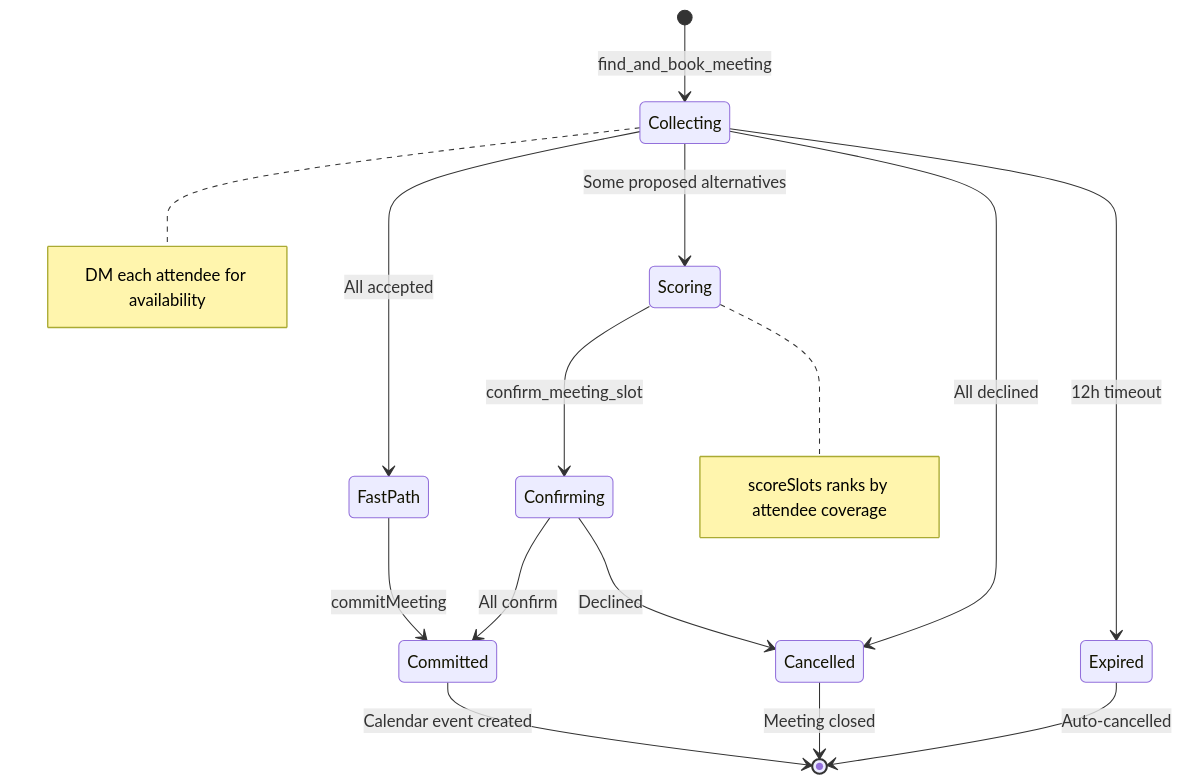
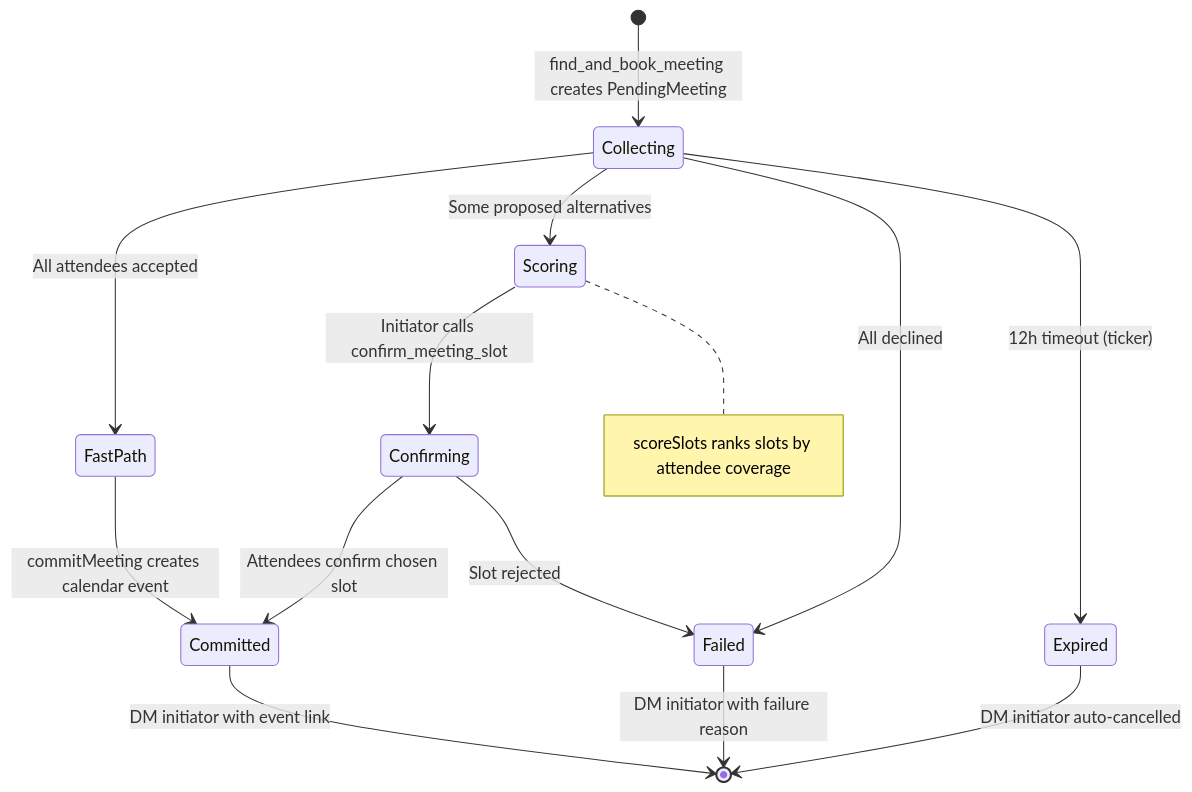
One commit to javana3/claw_meeting_all changed the fifth of 13 diagrams in README.md. Above: the diagram before and after it, drawn with Mermaid. The commit also changed other lines of this file and 4 other files, not shown here.

First line of the commit message:
docs: rewrite all 5 READMEs with detailed Plugin/Skill flow + diff

````diff
--- a/README.md
+++ b/README.md
@@ -106,22 +139,21 @@
 ```mermaid
 stateDiagram-v2
-    [*] --> Collecting: find_and_book_meeting
-    note right of Collecting: DM each attendee for availability
+    [*] --> Collecting: find_and_book_meeting creates PendingMeeting
 
-    Collecting --> FastPath: All accepted
+    Collecting --> FastPath: All attendees accepted
     Collecting --> Scoring: Some proposed alternatives
-    Collecting --> Cancelled: All declined
-    Collecting --> Expired: 12h timeout
+    Collecting --> Failed: All declined
+    Collecting --> Expired: 12h timeout (ticker)
 
-    FastPath --> Committed: commitMeeting
+    FastPath --> Committed: commitMeeting creates calendar event
 
-    Scoring --> Confirming: confirm_meeting_slot
-    note right of Scoring: scoreSlots ranks by attendee coverage
+    Scoring --> Confirming: Initiator calls confirm_meeting_slot
+    note right of Scoring: scoreSlots ranks slots by attendee coverage
 
-    Confirming --> Committed: All confirm
-    Confirming --> Cancelled: Declined
+    Confirming --> Committed: Attendees confirm chosen slot
+    Confirming --> Failed: Slot rejected
 
-    Committed --> [*]: Calendar event created
-    Cancelled --> [*]: Meeting closed
-    Expired --> [*]: Auto-cancelled
+    Committed --> [*]: DM initiator with event link
+    Failed --> [*]: DM initiator with failure reason
+    Expired --> [*]: DM initiator auto-cancelled
 ```
````
